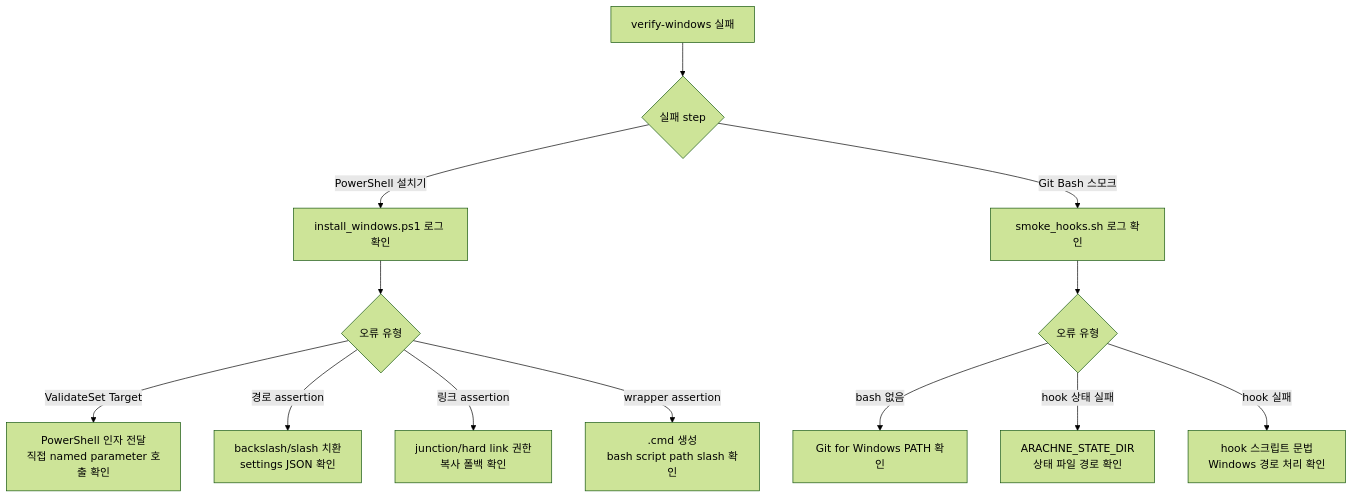
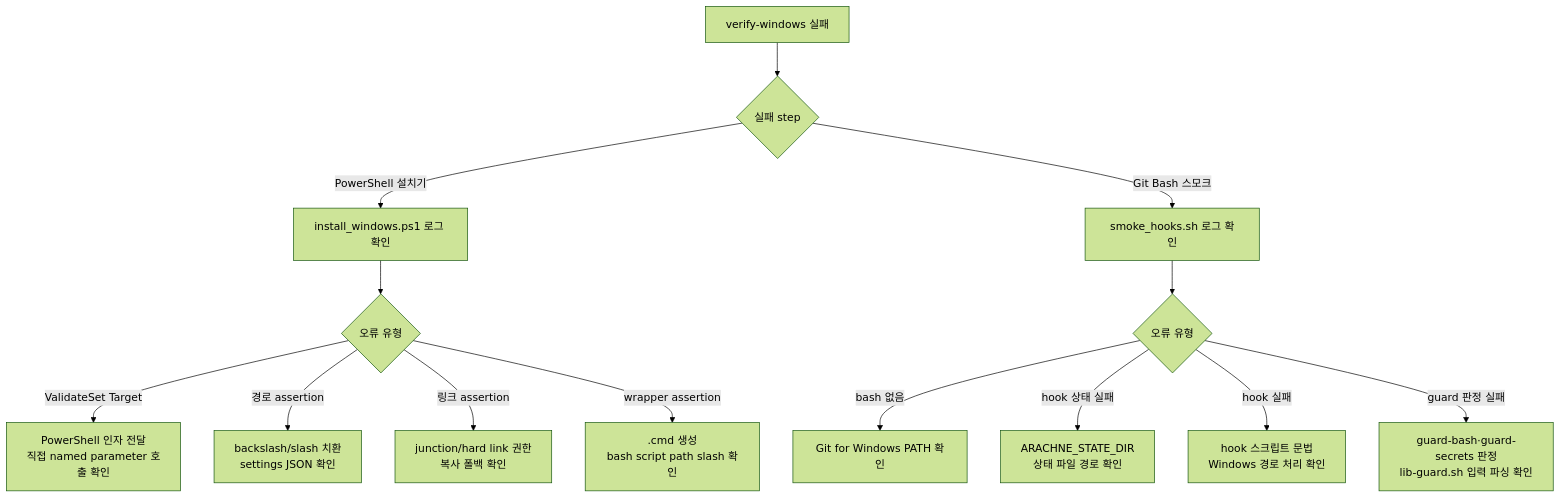
The seventh of 10 diagrams in docs/CI.md (jomarusoup/Arachne), drawn with Mermaid (forest theme) before and after one commit. The commit also changed other lines of this file and 18 other files, not shown here.

````diff
--- a/docs/CI.md
+++ b/docs/CI.md
@@ -257,17 +287,18 @@
 ```mermaid
 flowchart TB
     F["verify-windows 실패"] --> A{"실패 step"}
     A -->|PowerShell 설치기| P["install_windows.ps1 로그 확인"]
     A -->|Git Bash 스모크| B["smoke_hooks.sh 로그 확인"]
 
     P --> P1{"오류 유형"}
     P1 -->|ValidateSet Target| P2["PowerShell 인자 전달<br/>직접 named parameter 호출 확인"]
     P1 -->|경로 assertion| P3["backslash/slash 치환<br/>settings JSON 확인"]
     P1 -->|링크 assertion| P4["junction/hard link 권한<br/>복사 폴백 확인"]
     P1 -->|wrapper assertion| P5[".cmd 생성<br/>bash script path slash 확인"]
 
     B --> B1{"오류 유형"}
     B1 -->|bash 없음| B2["Git for Windows PATH 확인"]
     B1 -->|hook 상태 실패| B3["ARACHNE_STATE_DIR<br/>상태 파일 경로 확인"]
     B1 -->|hook 실패| B4["hook 스크립트 문법<br/>Windows 경로 처리 확인"]
+    B1 -->|guard 판정 실패| B5["guard-bash·guard-secrets 판정<br/>lib-guard.sh 입력 파싱 확인"]
 ```
````
